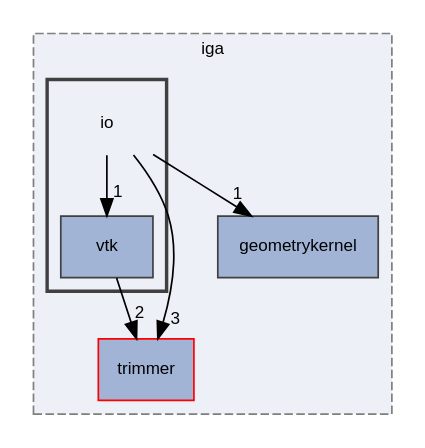
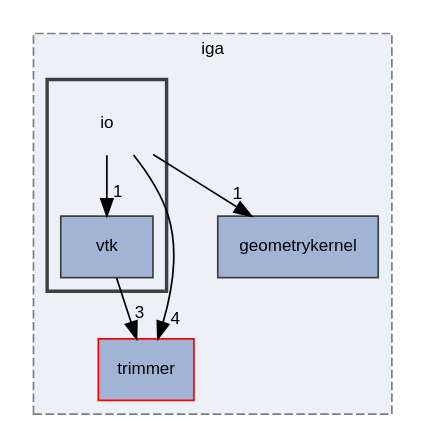
Before and after one commit to rath3t/dune-iga-doc: the diagram in dir_c3ccff8517fbe337b2b8ad503c3a1590_dep.dot, drawn with Graphviz. The commit also changed 1693 other files, not shown here.

```diff
--- a/dir_c3ccff8517fbe337b2b8ad503c3a1590_dep.dot
+++ b/dir_c3ccff8517fbe337b2b8ad503c3a1590_dep.dot
@@ -1,21 +1,21 @@
 digraph "io"
 {
  // LATEX_PDF_SIZE
   edge [fontname="Helvetica",fontsize="10",labelfontname="Helvetica",labelfontsize="10"];
   node [fontname="Helvetica",fontsize="10",shape=record];
   compound=true
   subgraph clusterdir_d2a3c23294a1b1015b1b8e8721ddded8 {
     graph [ bgcolor="#edf0f7", pencolor="grey50", style="filled,dashed,", label="iga", fontname="Helvetica", fontsize="10", URL="dir_d2a3c23294a1b1015b1b8e8721ddded8.html"]
   dir_7d0c370ab440c4b4f78419bfc8c93eb8 [shape=box, label="trimmer", style="filled,", fillcolor="#a2b4d6", color="red", URL="dir_7d0c370ab440c4b4f78419bfc8c93eb8.html"];
   dir_98571e7345f7327fea7723ec1a12d870 [shape=box, label="geometrykernel", style="filled,", fillcolor="#a2b4d6", color="grey25", URL="dir_98571e7345f7327fea7723ec1a12d870.html"];
   subgraph clusterdir_c3ccff8517fbe337b2b8ad503c3a1590 {
     graph [ bgcolor="#edf0f7", pencolor="grey25", style="filled,bold,", label="", fontname="Helvetica", fontsize="10", URL="dir_c3ccff8517fbe337b2b8ad503c3a1590.html"]
     dir_c3ccff8517fbe337b2b8ad503c3a1590 [shape=plaintext, label="io"];
   dir_0185853483cd959150fdf3c8210a5831 [shape=box, label="vtk", style="filled,", fillcolor="#a2b4d6", color="grey25", URL="dir_0185853483cd959150fdf3c8210a5831.html"];
   }
   }
   dir_c3ccff8517fbe337b2b8ad503c3a1590->dir_0185853483cd959150fdf3c8210a5831 [headlabel="1", labeldistance=1.5 headhref="dir_000013_000020.html"];
-  dir_c3ccff8517fbe337b2b8ad503c3a1590->dir_7d0c370ab440c4b4f78419bfc8c93eb8 [headlabel="3", labeldistance=1.5 headhref="dir_000013_000017.html"];
+  dir_c3ccff8517fbe337b2b8ad503c3a1590->dir_7d0c370ab440c4b4f78419bfc8c93eb8 [headlabel="4", labeldistance=1.5 headhref="dir_000013_000017.html"];
   dir_c3ccff8517fbe337b2b8ad503c3a1590->dir_98571e7345f7327fea7723ec1a12d870 [headlabel="1", labeldistance=1.5 headhref="dir_000013_000006.html"];
-  dir_0185853483cd959150fdf3c8210a5831->dir_7d0c370ab440c4b4f78419bfc8c93eb8 [headlabel="2", labeldistance=1.5 headhref="dir_000020_000017.html"];
+  dir_0185853483cd959150fdf3c8210a5831->dir_7d0c370ab440c4b4f78419bfc8c93eb8 [headlabel="3", labeldistance=1.5 headhref="dir_000020_000017.html"];
 }
```
